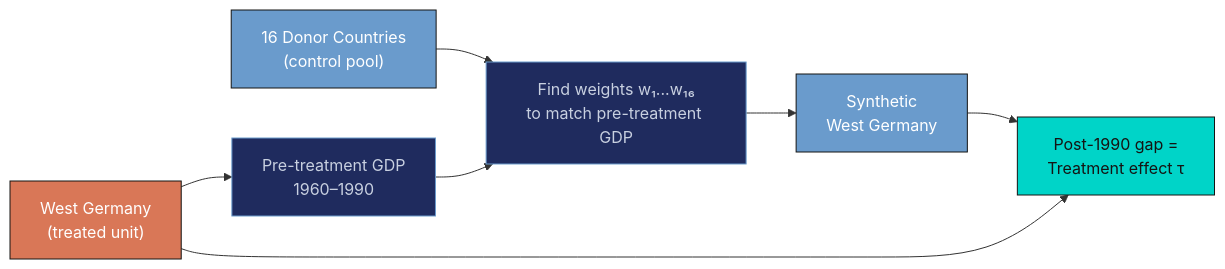
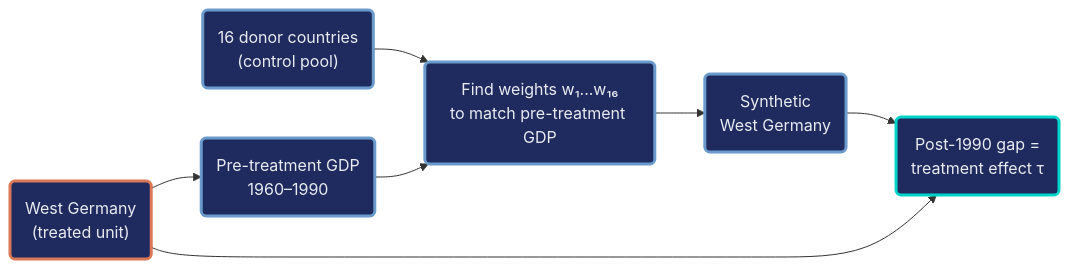
One commit to cmg777/starter-academic-v501 changed the diagram in content/post/python_scpi/references/tutorial.qmd. Above: the diagram before and after it, drawn with Mermaid. The commit also changed other lines of this file and 42 other files, not shown here.

First line of the commit message:
content(mermaid): restyle Mermaid copies in tutorial sources and the LaLonde slide deck

````diff
--- a/content/post/python_scpi/references/tutorial.qmd
+++ b/content/post/python_scpi/references/tutorial.qmd
@@ -157,16 +157,15 @@
 ```{mermaid}
 flowchart LR
-    A["West Germany<br/>(treated unit)"] --> B["Pre-treatment GDP<br/>1960–1990"]
-    C["16 Donor Countries<br/>(control pool)"] --> D["Find weights w₁...w₁₆<br/>to match pre-treatment GDP"]
+    A("West Germany<br/>(treated unit)") --> B("Pre-treatment GDP<br/>1960–1990")
+    C("16 donor countries<br/>(control pool)") --> D("Find weights w₁...w₁₆<br/>to match pre-treatment GDP")
     B --> D
-    D --> E["Synthetic<br/>West Germany"]
-    E --> F["Post-1990 gap =<br/>Treatment effect τ"]
+    D --> E("Synthetic<br/>West Germany")
+    E --> F("Post-1990 gap =<br/>treatment effect τ")
     A --> F
-
-    style A fill:#d97757,stroke:#141413,color:#fff
-    style C fill:#6a9bcc,stroke:#141413,color:#fff
-    style E fill:#6a9bcc,stroke:#141413,color:#fff
-    style F fill:#00d4c8,stroke:#141413,color:#141413
-    style B fill:#1f2b5e,stroke:#6a9bcc,color:#c8d0e0
-    style D fill:#1f2b5e,stroke:#6a9bcc,color:#c8d0e0
+    classDef orange fill:#1f2b5e,stroke:#d97757,stroke-width:3px,color:#e8ecf2
+    classDef blue fill:#1f2b5e,stroke:#6a9bcc,stroke-width:3px,color:#e8ecf2
+    classDef teal fill:#1f2b5e,stroke:#00d4c8,stroke-width:3px,color:#e8ecf2
+    class A orange
+    class B,C,D,E blue
+    class F teal
 ```
````
